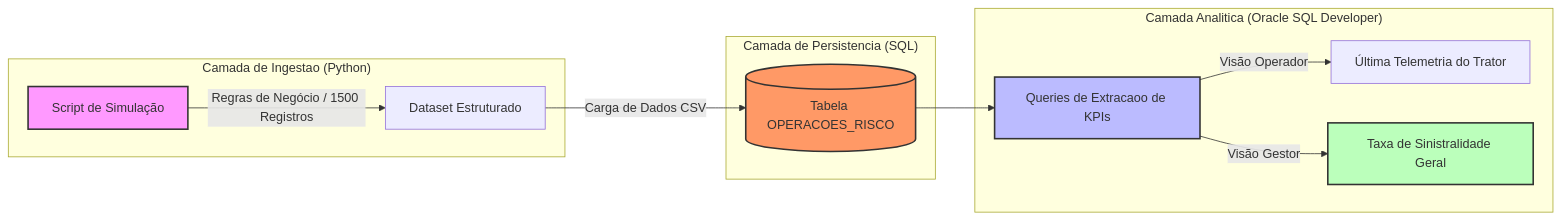
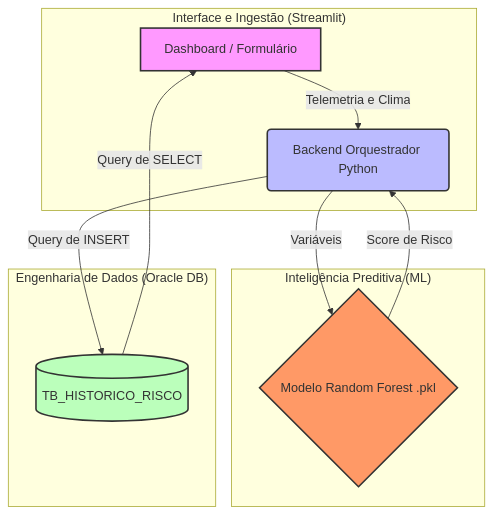
Before and after one commit to FarmTech-FIAP/Challenge-Sompo-Seguros: the diagram in README.md, drawn with Mermaid. The commit also changed other lines of this file, not shown here.

````diff
--- a/README.md
+++ b/README.md
@@ -62,21 +47,21 @@
 ```mermaid
-graph LR
-    subgraph "Camada de Ingestao (Python)"
-        A[Script de Simulação] -->|Regras de Negócio / 1500 Registros| B[Dataset Estruturado]
+graph TD
+    subgraph "Interface e Ingestão (Streamlit)"
+        A[Dashboard / Formulário] -->|Telemetria e Clima| B(Backend Orquestrador Python)
     end
 
-    subgraph "Camada de Persistencia (SQL)"
-        B -->|Carga de Dados CSV| C[(Tabela OPERACOES_RISCO)]
+    subgraph "Inteligência Preditiva (ML)"
+        B -->|Variáveis| C{Modelo Random Forest .pkl}
+        C -->|Score de Risco| B
     end
 
-    subgraph "Camada Analitica (Oracle SQL Developer)"
-        C --> D[Queries de Extracaoo de KPIs]
-        D -->|Visão Operador| E[Última Telemetria do Trator]
-        D -->|Visão Gestor| F[Taxa de Sinistralidade Geral]
+    subgraph "Engenharia de Dados (Oracle DB)"
+        B -->|Query de INSERT| D[(TB_HISTORICO_RISCO)]
+        D -->|Query de SELECT| A
     end
 
     style A fill:#f9f,stroke:#333,stroke-width:2px
+    style B fill:#bbf,stroke:#333,stroke-width:2px
     style C fill:#f96,stroke:#333,stroke-width:2px
-    style D fill:#bbf,stroke:#333,stroke-width:2px
-    style F fill:#bfb,stroke:#333,stroke-width:2px
+    style D fill:#bfb,stroke:#333,stroke-width:2px
 ```
````
